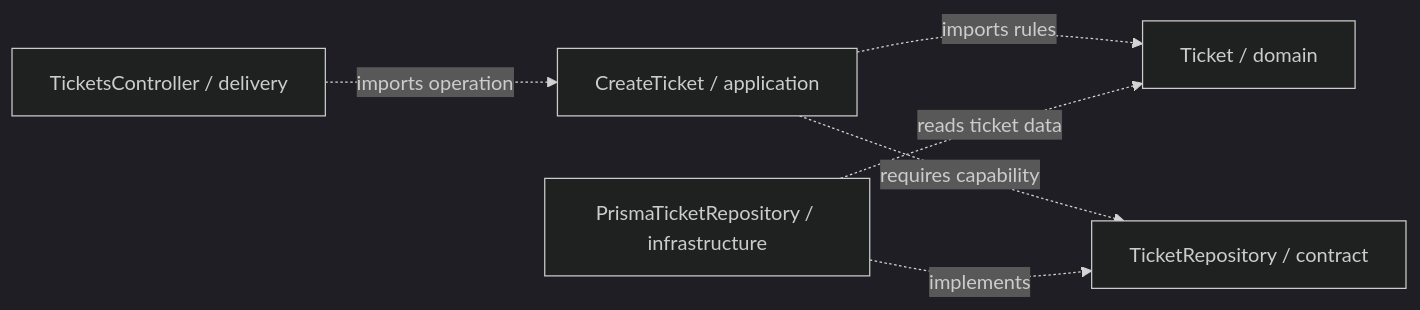
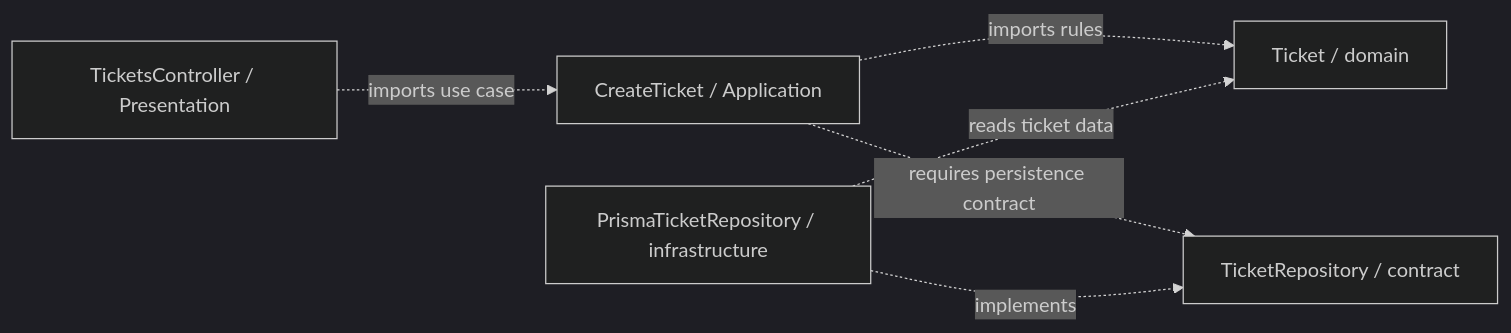
One commit to AndresTaoFlorez/software-architecture changed the diagram in backend/README.md. Above: the diagram before and after it, drawn with Mermaid (dark theme). The commit also changed other lines of this file and 9 other files, not shown here.

````diff
--- a/backend/README.md
+++ b/backend/README.md
@@ -67,8 +76,8 @@
 ```mermaid
 flowchart LR
-    H["TicketsController / delivery"] -. "imports operation" .-> A["CreateTicket / application"]
+    H["TicketsController / Presentation"] -. "imports use case" .-> A["CreateTicket / Application"]
     A -. "imports rules" .-> D["Ticket / domain"]
-    A -. "requires capability" .-> P["TicketRepository / contract"]
+    A -. "requires persistence contract" .-> P["TicketRepository / contract"]
     I["PrismaTicketRepository / infrastructure"] -. "implements" .-> P
     I -. "reads ticket data" .-> D
 ```
````
